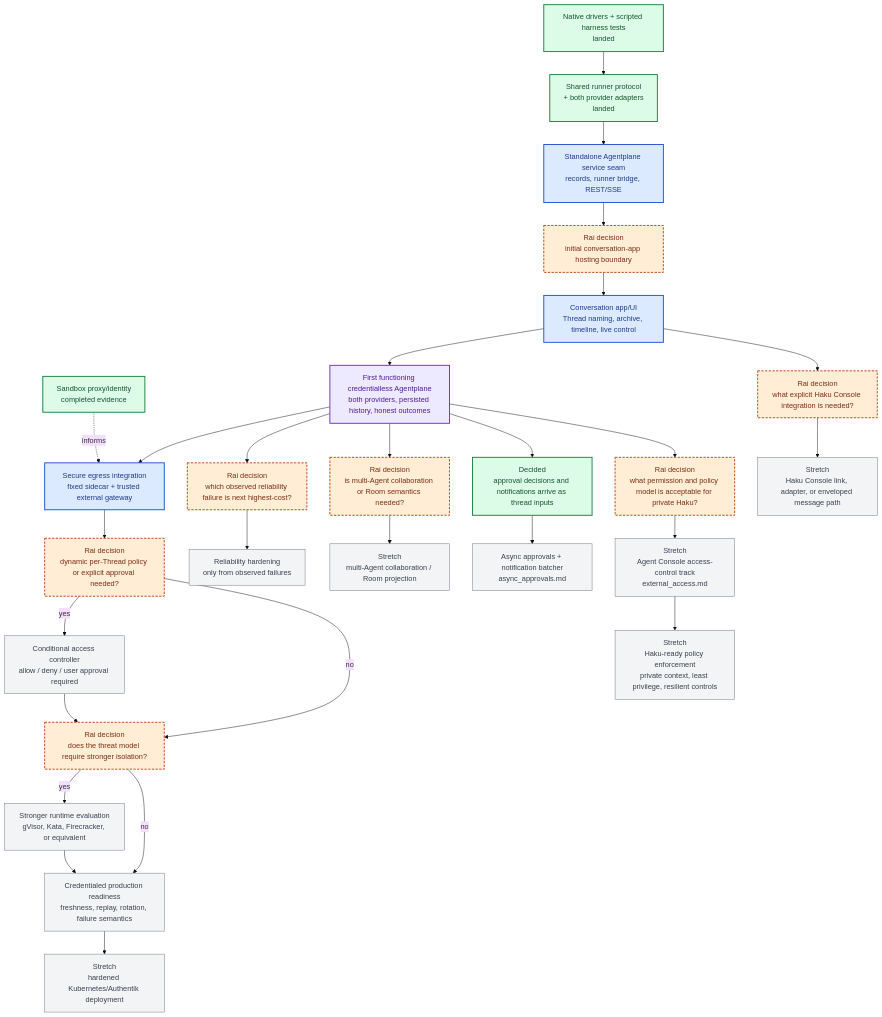
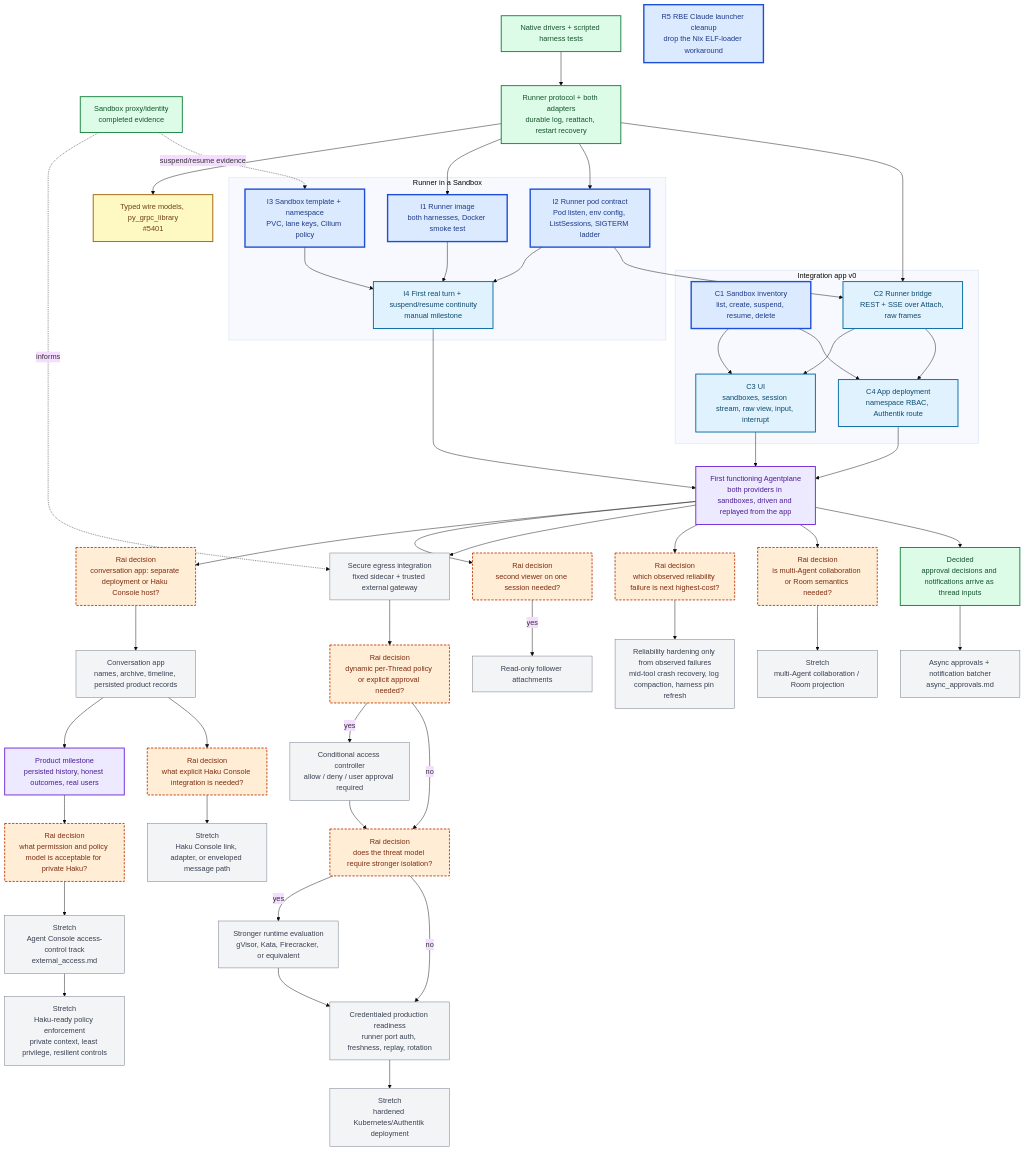
Before and after one commit to agentydragon/ducktape: the diagram in x/agentplane/plans/task_dag.md, drawn with Mermaid (base theme). The commit also changed other lines of this file and 5 other files, not shown here.

First line of the commit message:
agentplane: plan the runner in a Sandbox and the first integration app

````diff
--- a/x/agentplane/plans/task_dag.md
+++ b/x/agentplane/plans/task_dag.md
@@ -35,28 +37,52 @@
 ```mermaid
 flowchart TB
     classDef completed fill:#dcfce7,stroke:#15803d,color:#14532d,stroke-width:2px
-    classDef next fill:#dbeafe,stroke:#1d4ed8,color:#1e3a8a,stroke-width:2px
+    classDef review fill:#fef9c3,stroke:#a16207,color:#713f12,stroke-width:2px
+    classDef ready fill:#dbeafe,stroke:#1d4ed8,color:#1e3a8a,stroke-width:3px
+    classDef next fill:#e0f2fe,stroke:#0369a1,color:#0c4a6e,stroke-width:2px
     classDef milestone fill:#ede9fe,stroke:#6d28d9,color:#4c1d95,stroke-width:2px
     classDef decision fill:#ffedd5,stroke:#c2410c,color:#7c2d12,stroke-width:2px,stroke-dasharray:5 3
     classDef future fill:#f3f4f6,stroke:#6b7280,color:#374151
 
     S0["Sandbox proxy/identity<br/>completed evidence"]:::completed
-    A["Native drivers + scripted harness tests<br/>landed"]:::completed
-    B["Shared runner protocol<br/>+ both provider adapters<br/>landed"]:::completed
-    C["Standalone Agentplane service seam<br/>records, runner bridge, REST/SSE"]:::next
-    D["Rai decision<br/>initial conversation-app hosting boundary"]:::decision
-    E["Conversation app/UI<br/>Thread naming, archive, timeline, live control"]:::next
-    F["First functioning credentialless Agentplane<br/>both providers, persisted history, honest outcomes"]:::milestone
+    A["Native drivers + scripted harness tests"]:::completed
+    B["Runner protocol + both adapters<br/>durable log, reattach, restart recovery"]:::completed
+    BW["Typed wire models, py_grpc_library<br/>#5401"]:::review
 
-    J["Secure egress integration<br/>fixed sidecar + trusted external gateway"]:::next
+    subgraph pod["Runner in a Sandbox"]
+        I1["I1 Runner image<br/>both harnesses, Docker smoke test"]:::ready
+        I2["I2 Runner pod contract<br/>Pod listen, env config, ListSessions, SIGTERM ladder"]:::ready
+        I3["I3 Sandbox template + namespace<br/>PVC, lane keys, Cilium policy"]:::ready
+        I4["I4 First real turn + suspend/resume continuity<br/>manual milestone"]:::next
+    end
+
+    subgraph app["Integration app v0"]
+        C1["C1 Sandbox inventory<br/>list, create, suspend, resume, delete"]:::ready
+        C2["C2 Runner bridge<br/>REST + SSE over Attach, raw frames"]:::next
+        C3["C3 UI<br/>sandboxes, session stream, raw view, input, interrupt"]:::next
+        C4["C4 App deployment<br/>namespace RBAC, Authentik route"]:::next
+    end
+
+    R5["R5 RBE Claude launcher cleanup<br/>drop the Nix ELF-loader workaround"]:::ready
+
+    F0["First functioning Agentplane<br/>both providers in sandboxes, driven and replayed from the app"]:::milestone
+
+    D["Rai decision<br/>conversation app: separate deployment or Haku Console host?"]:::decision
+    E["Conversation app<br/>names, archive, timeline, persisted product records"]:::future
+    F["Product milestone<br/>persisted history, honest outcomes, real users"]:::milestone
+
+    G["Rai decision<br/>second viewer on one session needed?"]:::decision
+    R1["Read-only follower attachments"]:::future
+
+    J["Secure egress integration<br/>fixed sidecar + trusted external gateway"]:::future
     P["Rai decision<br/>dynamic per-Thread policy or explicit approval needed?"]:::decision
     K["Conditional access controller<br/>allow / deny / user approval required"]:::future
     R["Rai decision<br/>does the threat model require stronger isolation?"]:::decision
-    L["Credentialed production readiness<br/>freshness, replay, rotation, failure semantics"]:::future
+    L["Credentialed production readiness<br/>runner port auth, freshness, replay, rotation"]:::future
     V["Stronger runtime evaluation<br/>gVisor, Kata, Firecracker, or equivalent"]:::future
 
     Q["Rai decision<br/>which observed reliability failure is next highest-cost?"]:::decision
-    M["Reliability hardening<br/>only from observed failures"]:::future
+    M["Reliability hardening only from observed failures<br/>mid-tool crash recovery, log compaction, harness pin refresh"]:::future
 
     H["Rai decision<br/>is multi-Agent collaboration or Room semantics needed?"]:::decision
     N["Stretch<br/>multi-Agent collaboration / Room projection"]:::future
@@ -69,17 +95,34 @@
     AC["Stretch<br/>Haku-ready policy enforcement<br/>private context, least privilege, resilient controls"]:::future
     W["Stretch<br/>hardened Kubernetes/Authentik deployment"]:::future
 
-    A --> B --> C --> D --> E --> F
-    F --> J --> P
+    A --> B --> BW
+    B --> I1
+    B --> I2
+    I1 --> I4
+    I2 --> I4
+    I3 --> I4
+    B --> C2
+    I2 --> C2
+    C1 --> C3
+    C2 --> C3
+    C1 --> C4
+    C2 --> C4
+    I4 --> F0
+    C3 --> F0
+    C4 --> F0
+    F0 --> D --> E --> F
+    F0 --> G -->|yes| R1
+    F0 --> J --> P
     P -->|yes| K --> R
     P -->|no| R
     R -->|yes| V --> L
     R -->|no| L
-    F --> Q --> M
-    F --> H --> N
-    F --> X --> Y
+    F0 --> Q --> M
+    F0 --> H --> N
+    F0 --> X --> Y
     E --> Z --> U
     F --> AA --> AB --> AC
     L --> W
     S0 -. informs .-> J
+    S0 -. suspend/resume evidence .-> I3
 ```
````
